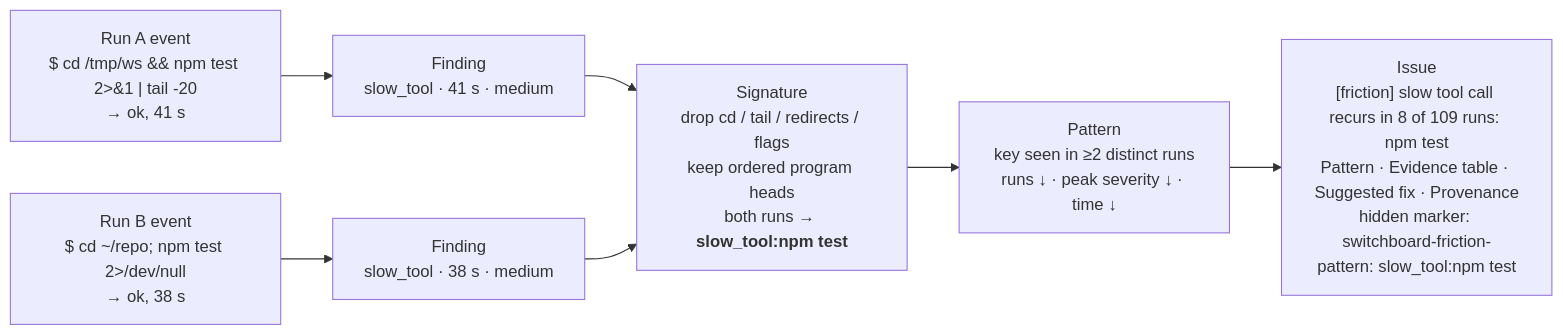
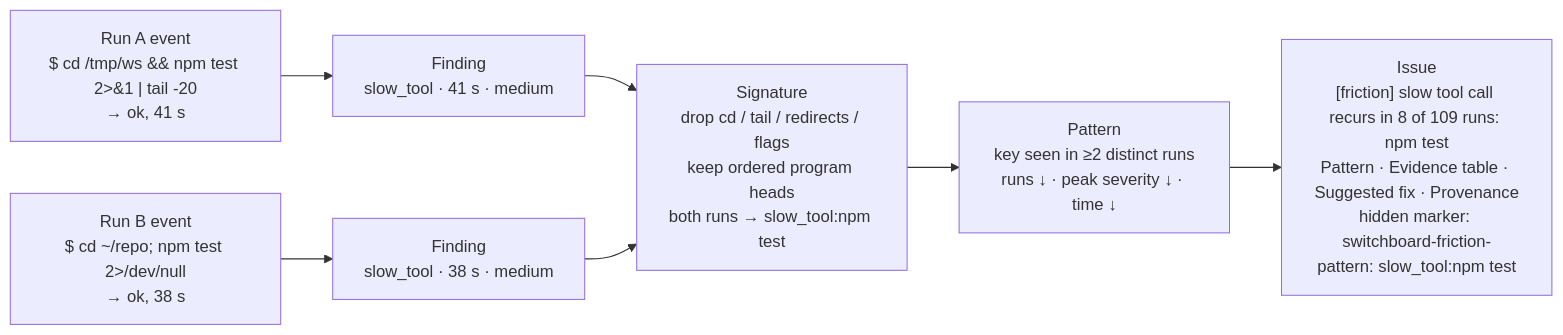
The fourth of 4 diagrams in docs/explanation/how-switchboard-improves-itself.md (coreplanelabs/switchboard), drawn with Mermaid before and after one commit. The commit also changed other lines of this file and 22 other files, not shown here.

First line of the commit message:
docs(docs): every diagram shares one visual system, and the four seams and the deploy order are drawn from one source each

````diff
--- a/docs/explanation/how-switchboard-improves-itself.md
+++ b/docs/explanation/how-switchboard-improves-itself.md
@@ -109,14 +106,14 @@
 ```mermaid
 flowchart LR
     E1["Run A event<br/>$ cd /tmp/ws && npm test 2>&1 | tail -20<br/>→ ok, 41 s"]
     E2["Run B event<br/>$ cd ~/repo; npm test 2>/dev/null<br/>→ ok, 38 s"]
     F1["Finding<br/>slow_tool · 41 s · medium"]
     F2["Finding<br/>slow_tool · 38 s · medium"]
-    SIG["Signature<br/>drop cd / tail / redirects / flags<br/>keep ordered program heads<br/>both runs → <b>slow_tool:npm test</b>"]
+    SIG["Signature<br/>drop cd / tail / redirects / flags<br/>keep ordered program heads<br/>both runs → slow_tool:npm test"]
     PAT["Pattern<br/>key seen in ≥2 distinct runs<br/>runs ↓ · peak severity ↓ · time ↓"]
     ISSUE["Issue<br/>[friction] slow tool call recurs in 8 of 109 runs: npm test<br/>Pattern · Evidence table · Suggested fix · Provenance<br/>hidden marker: switchboard-friction-pattern: slow_tool:npm test"]
 
     E1 --> F1 --> SIG
     E2 --> F2 --> SIG
     SIG --> PAT --> ISSUE
 ```
````
